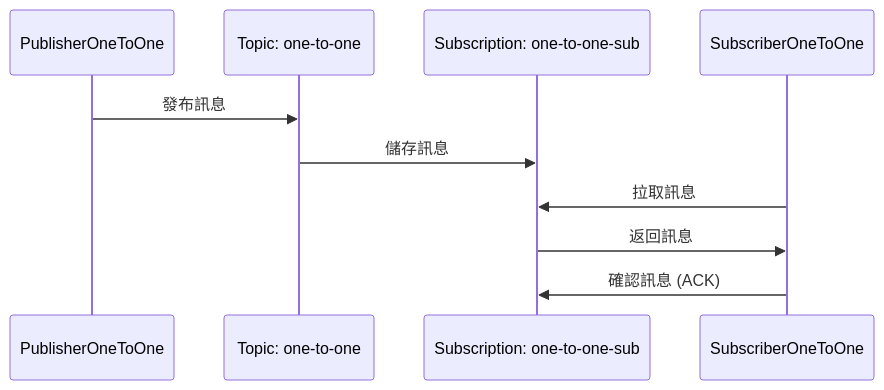
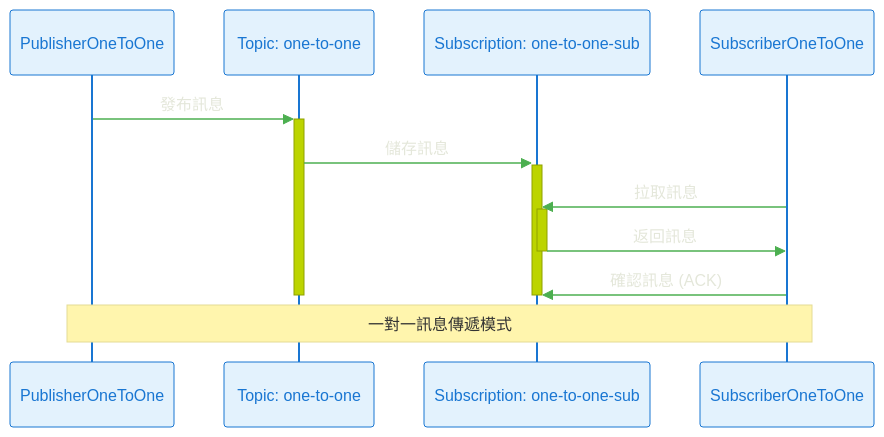
One commit to KubingYayanu/Gcp-emulators.Poc changed the fourth of 6 diagrams in REAME.md. Above: the diagram before and after it, drawn with Mermaid. The commit also changed other lines of this file, not shown here.

Commit message:
docs: 調整 README mermaid sequenceDiagram 顏色

````diff
--- a/REAME.md
+++ b/REAME.md
@@ -135,13 +135,18 @@
 ```mermaid
+%%{init: {'theme':'base', 'themeVariables': {'primaryColor':'#00bcd4', 'primaryTextColor':'#fff', 'primaryBorderColor':'#006064', 'lineColor':'#9c27b0', 'signalColor':'#4caf50', 'signalTextColor':'#e4e7daff', 'sequenceNumberColor':'white', 'actorBkg':'#e3f2fd', 'actorBorder':'#1976d2', 'actorTextColor':'#1976d2'}}}%%
 sequenceDiagram
     participant PA as PublisherOneToOne
     participant T1 as Topic: one-to-one
     participant S1 as Subscription: one-to-one-sub
     participant SA as SubscriberOneToOne
 
-    PA->>T1: 發布訊息
-    T1->>S1: 儲存訊息
-    SA->>S1: 拉取訊息
-    S1->>SA: 返回訊息
+    PA->>+T1: 發布訊息
+    T1->>+S1: 儲存訊息
+    SA->>+S1: 拉取訊息
+    S1->>-SA: 返回訊息
     SA->>S1: 確認訊息 (ACK)
+    deactivate S1
+    deactivate T1
+
+    Note over PA,SA: 一對一訊息傳遞模式
 ```
````
